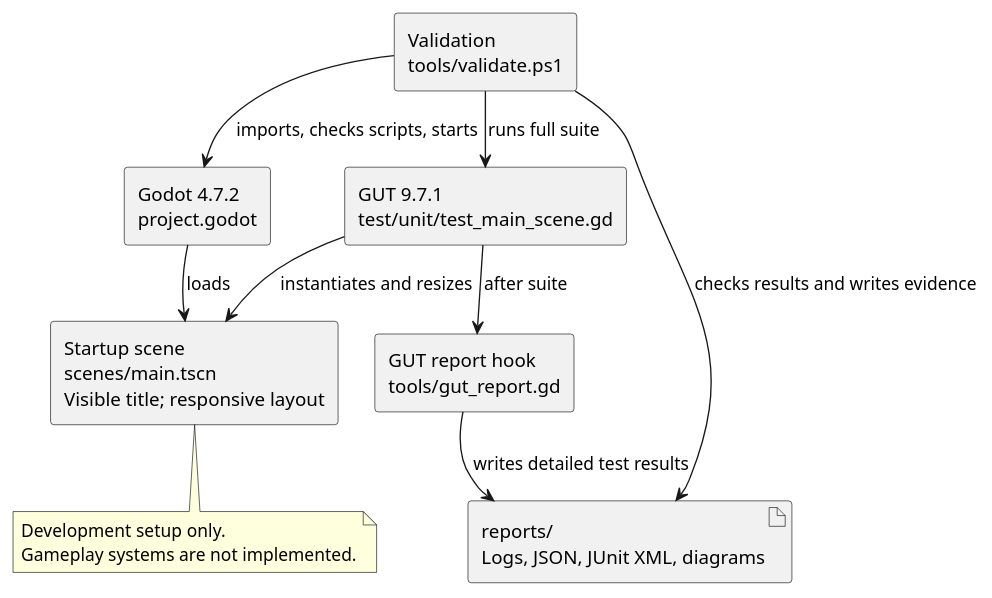
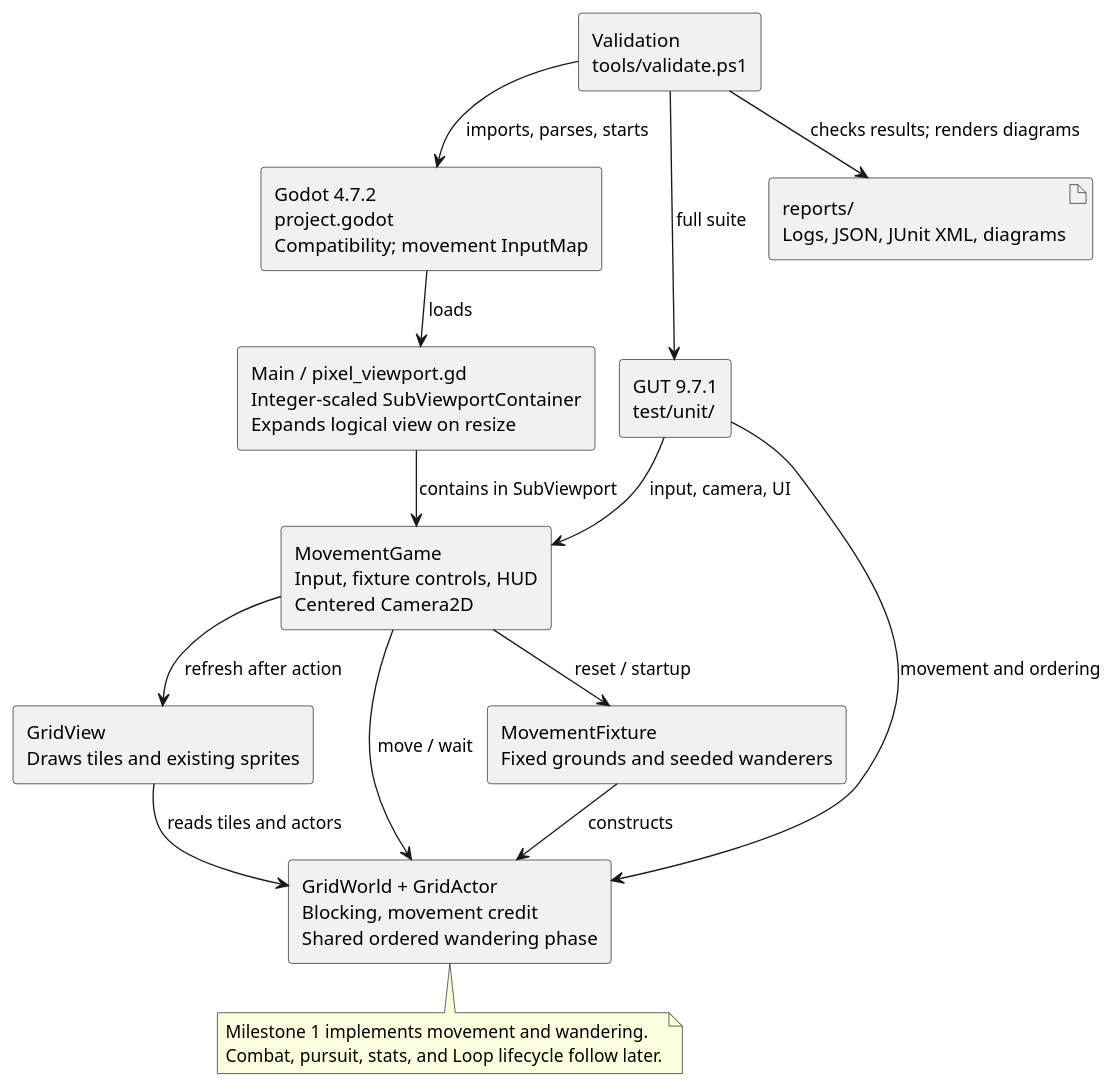
Before and after one commit to VHonzik/Ostinato: the diagram in docs/architecture/components.puml, drawn with PlantUML. The commit also changed 23 other files, not shown here.

Commit message:
Implement milestone 1 grid movement and wandering

```diff
--- a/docs/architecture/components.puml
+++ b/docs/architecture/components.puml
@@ -1,27 +1,35 @@
 @startuml
 !pragma layout smetana
 skinparam componentStyle rectangle
 skinparam shadowing false
-skinparam nodesep 90
-skinparam ranksep 60
+skinparam nodesep 55
+skinparam ranksep 45
 
-component "Godot 4.7.2\nproject.godot" as Godot
-component "Startup scene\nscenes/main.tscn\nVisible title; responsive layout" as Main
-component "GUT 9.7.1\ntest/unit/test_main_scene.gd" as Tests
+component "Godot 4.7.2\nproject.godot\nCompatibility; movement InputMap" as Godot
+component "Main / pixel_viewport.gd\nInteger-scaled SubViewportContainer\nExpands logical view on resize" as Main
+component "MovementGame\nInput, fixture controls, HUD\nCentered Camera2D" as Game
+component "GridView\nDraws tiles and existing sprites" as View
+component "GridWorld + GridActor\nBlocking, movement credit\nShared ordered wandering phase" as World
+component "MovementFixture\nFixed grounds and seeded wanderers" as Fixture
+component "GUT 9.7.1\ntest/unit/" as Tests
 component "Validation\ntools/validate.ps1" as Validation
-component "GUT report hook\ntools/gut_report.gd" as Hook
 artifact "reports/\nLogs, JSON, JUnit XML, diagrams" as Reports
 
 Godot --> Main : loads
-Tests --> Main : instantiates and resizes
-Validation --> Godot : imports, checks scripts, starts
-Validation --> Tests : runs full suite
-Tests --> Hook : after suite
-Hook --> Reports : writes detailed test results
-Validation --> Reports : checks results and writes evidence
+Main --> Game : contains in SubViewport
+Game --> Fixture : reset / startup
+Fixture --> World : constructs
+Game --> World : move / wait
+Game --> View : refresh after action
+View --> World : reads tiles and actors
+Validation --> Godot : imports, parses, starts
+Validation --> Tests : full suite
+Tests --> Game : input, camera, UI
+Tests --> World : movement and ordering
+Validation --> Reports : checks results; renders diagrams
 
-note bottom of Main
-Development setup only.
-Gameplay systems are not implemented.
+note bottom of World
+Milestone 1 implements movement and wandering.
+Combat, pursuit, stats, and Loop lifecycle follow later.
 end note
 @enduml
```
